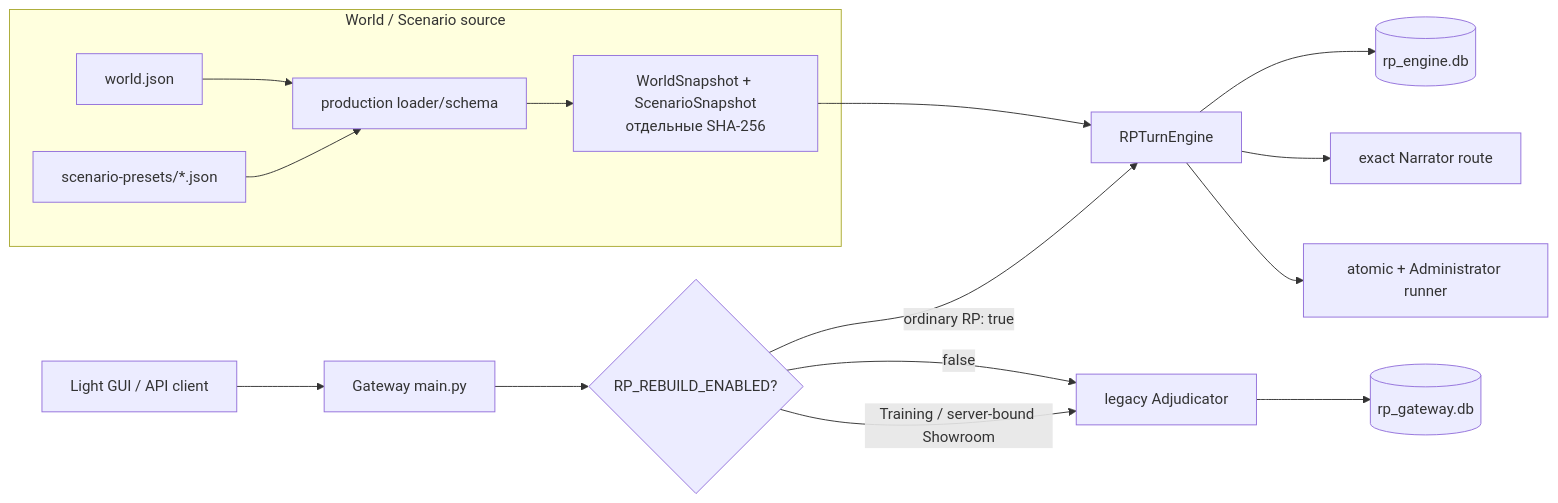
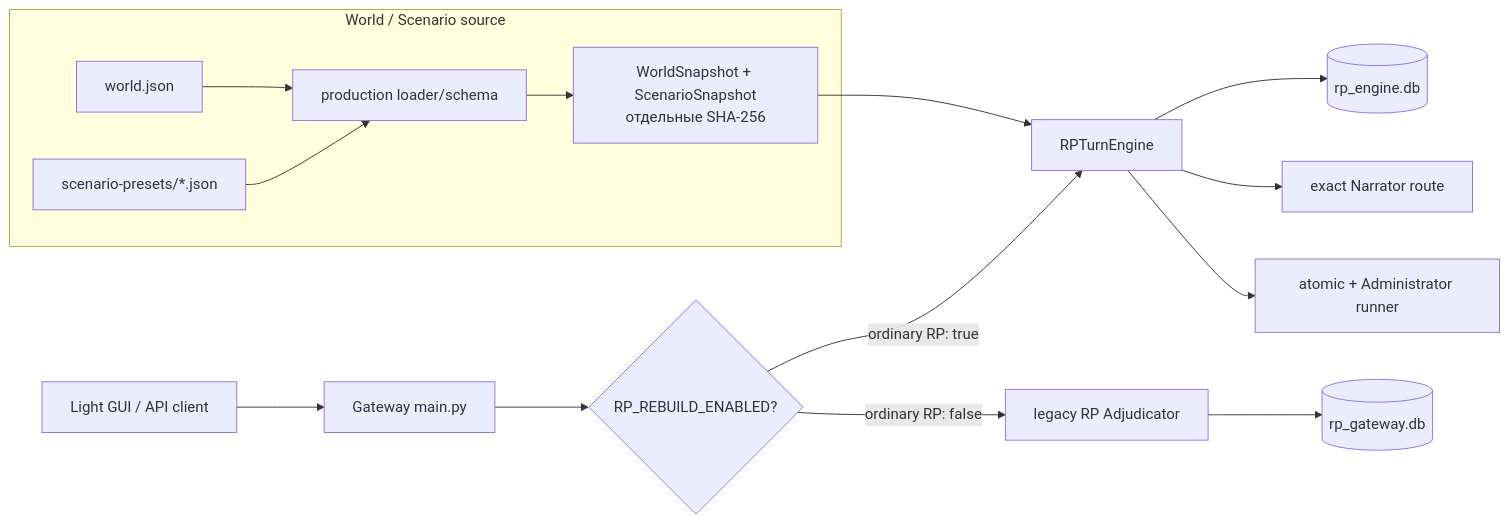
The third of 6 diagrams in docs/wiki/01-architecture.md (abykovwww-byte/ubuntu_ansible_palybooks), drawn with Mermaid before and after one commit. The commit also changed other lines of this file and 150 other files, not shown here.

````diff
--- a/docs/wiki/01-architecture.md
+++ b/docs/wiki/01-architecture.md
@@ -90,20 +91,19 @@
 ```mermaid
 flowchart LR
     UI["Light GUI / API client"] --> API["Gateway main.py"]
     API --> Flag{"RP_REBUILD_ENABLED?"}
     Flag -->|"ordinary RP: true"| Engine["RPTurnEngine"]
     Engine --> Clean[("rp_engine.db")]
     Engine --> Narrator["exact Narrator route"]
     Engine --> Runner["atomic + Administrator runner"]
 
-    Flag -->|"false"| Adj["legacy Adjudicator"]
-    Flag -->|"Training / server-bound Showroom"| Adj
+    Flag -->|"ordinary RP: false"| Adj["legacy RP Adjudicator"]
     Adj --> Legacy[("rp_gateway.db")]
 
     subgraph Source["World / Scenario source"]
         World["world.json"] --> Loader["production loader/schema"]
         Scenario["scenario-presets/*.json"] --> Loader
         Loader --> Snap["WorldSnapshot + ScenarioSnapshot\nотдельные SHA-256"]
     end
     Snap --> Engine
 ```
````
